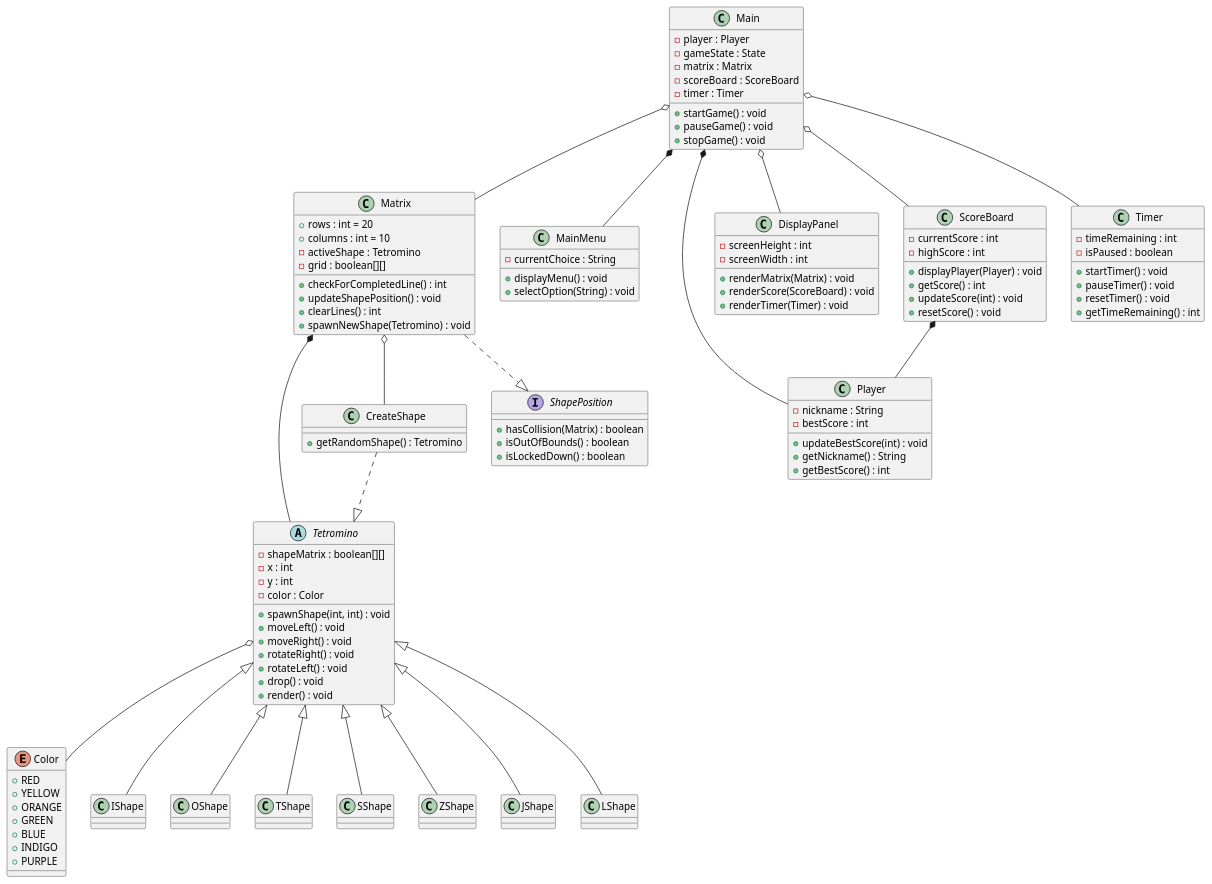
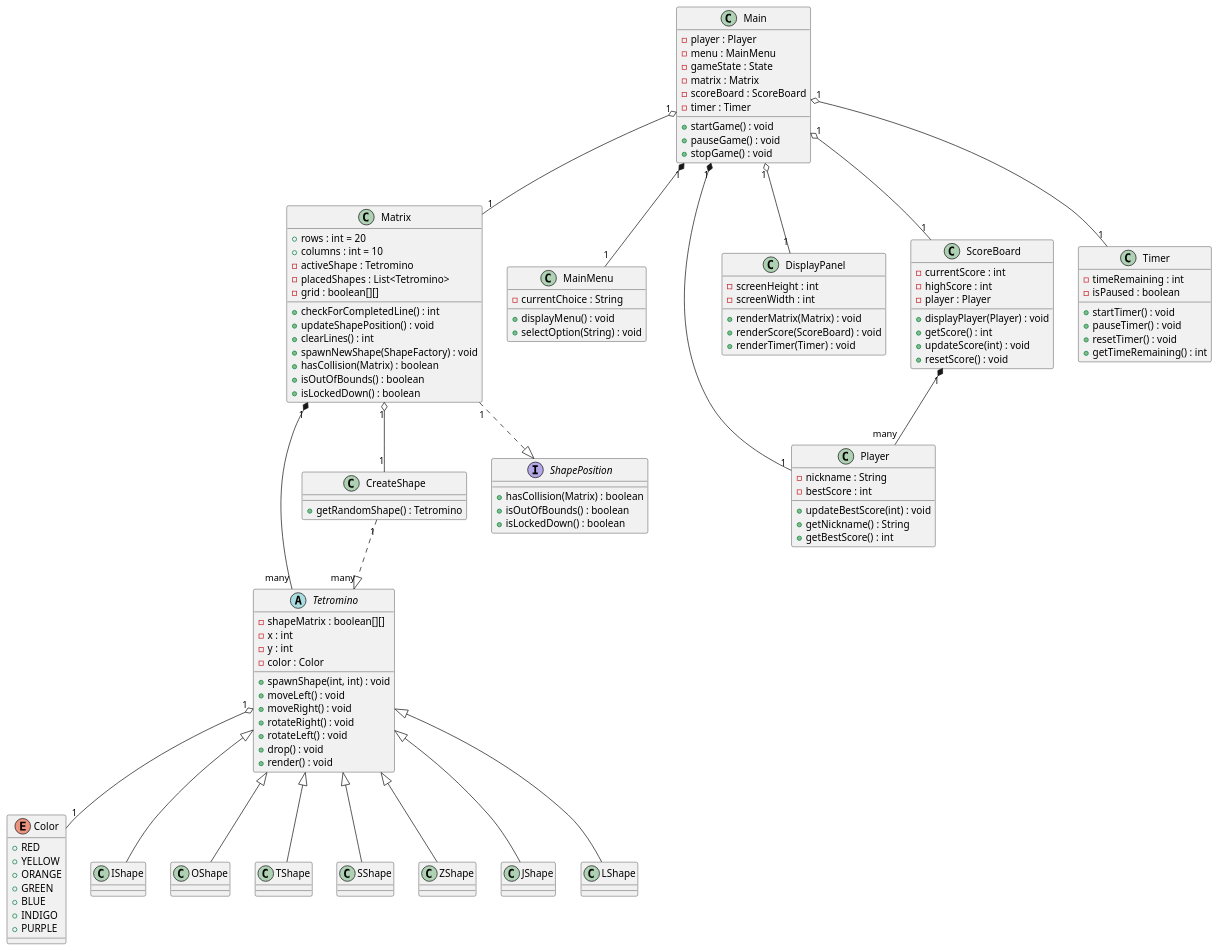
Before and after one commit to shreddedInk/Senla-Courses: the diagram in task-2/4/Tetris.puml, drawn with PlantUML. The commit also changed 1 other file, not shown here.

Commit message:
Fixed links in diagram and added fields and methods

```diff
--- a/task-2/4/Tetris.puml
+++ b/task-2/4/Tetris.puml
@@ -1,136 +1,142 @@
 @startuml
 
 class Main {
     - player : Player
+    - menu : MainMenu
     - gameState : State
     - matrix : Matrix
     - scoreBoard : ScoreBoard
     - timer : Timer
     + startGame() : void
     + pauseGame() : void
     + stopGame() : void
 }
 
 class Matrix {
     + rows : int = 20
     + columns : int = 10
     - activeShape : Tetromino
+    - placedShapes : List<Tetromino>
     - grid : boolean[][]
     + checkForCompletedLine() : int
     + updateShapePosition() : void
     + clearLines() : int
-    + spawnNewShape(Tetromino) : void
+    + spawnNewShape(ShapeFactory) : void
+    + hasCollision(Matrix) : boolean
+    + isOutOfBounds() : boolean
+    + isLockedDown() : boolean
 }
 
 class MainMenu {
     - currentChoice : String
     + displayMenu() : void
     + selectOption(String) : void
 }
 
 class Player {
     - nickname : String
     - bestScore : int
     + updateBestScore(int) : void
     + getNickname() : String
     + getBestScore() : int
 }
 
 class DisplayPanel {
     - screenHeight : int
     - screenWidth : int
     + renderMatrix(Matrix) : void
     + renderScore(ScoreBoard) : void
     + renderTimer(Timer) : void
 }
 
 class ScoreBoard {
     - currentScore : int
     - highScore : int
+    - player : Player
     + displayPlayer(Player) : void
     + getScore() : int
     + updateScore(int) : void
     + resetScore() : void
 }
 
 class Timer {
     - timeRemaining : int
     - isPaused : boolean
     + startTimer() : void
     + pauseTimer() : void
     + resetTimer() : void
     + getTimeRemaining() : int
 }
 
 abstract class Tetromino {
     - shapeMatrix : boolean[][]
     - x : int
     - y : int
     - color : Color
     + spawnShape(int, int) : void
     + moveLeft() : void
     + moveRight() : void
     + rotateRight() : void
     + rotateLeft() : void
     + drop() : void
     + render() : void
 }
 
 class CreateShape {
     + getRandomShape() : Tetromino
 }
 
 enum Color {
     + RED
     + YELLOW
     + ORANGE
     + GREEN
     + BLUE
     + INDIGO
     + PURPLE
 }
 
 class IShape extends Tetromino {
 }
 
 class OShape extends Tetromino {
 }
 
 class TShape extends Tetromino {
 }
 
 class SShape extends Tetromino {
 }
 
 class ZShape extends Tetromino {
 }
 
 class JShape extends Tetromino {
 }
 
 class LShape extends Tetromino {
 }
 
 interface ShapePosition {
     + hasCollision(Matrix) : boolean
     + isOutOfBounds() : boolean
     + isLockedDown() : boolean
 }
 
-Main o-- Matrix
-Main *-- Player
-Main o-- ScoreBoard
-Main o-- Timer
-Main o-- DisplayPanel
-Main *-- MainMenu
+Main "1" o-- "1" Matrix
+Main "1" *-- "1" Player
+Main "1" o-- "1" ScoreBoard
+Main "1" o-- "1" Timer
+Main "1" o-- "1" DisplayPanel
+Main "1" *-- "1" MainMenu
 
-Matrix *-- Tetromino
-Matrix o-- CreateShape
-Matrix ..|> ShapePosition
+Matrix "1" *-- "many" Tetromino
+Matrix "1" o-- "1" CreateShape
+Matrix "1" ..|> ShapePosition
 
-Tetromino o-- Color
-CreateShape ..|> Tetromino
+Tetromino "1" o-- "1" Color
+CreateShape "1" ..|> "many" Tetromino
 
-ScoreBoard  *--  Player
+ScoreBoard "1" *-- "many" Player
 
 @enduml
```
